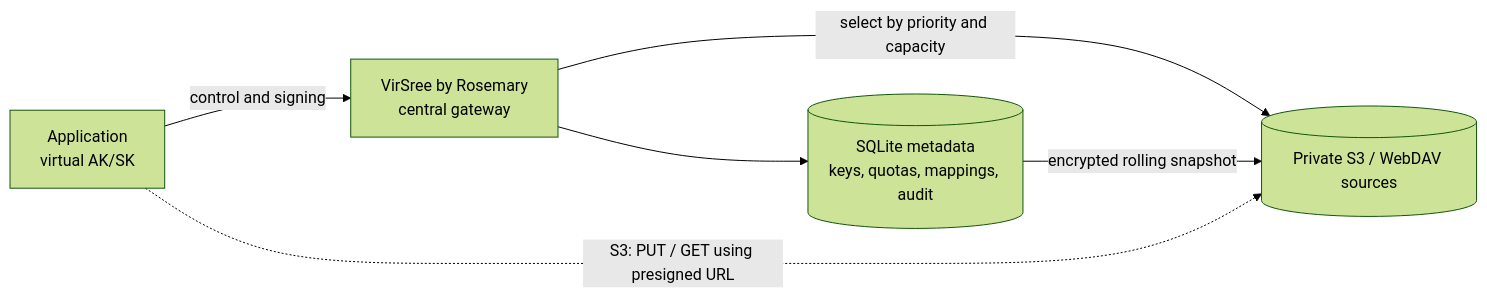
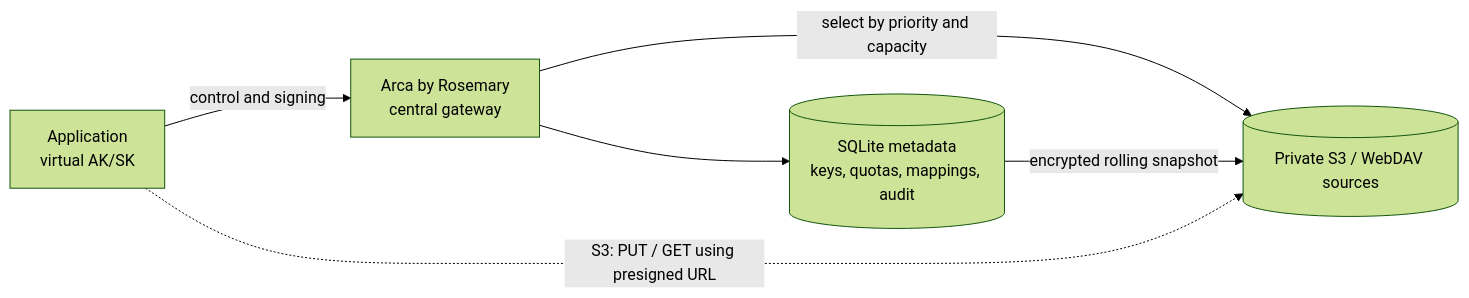
One commit to Foodie05/rosemary-virsree changed the diagram in README.md. Above: the diagram before and after it, drawn with Mermaid (forest theme). The commit also changed other lines of this file and 65 other files, not shown here.

````diff
--- a/README.md
+++ b/README.md
@@ -19,8 +19,8 @@
 ```mermaid
 flowchart LR
-  A[Application\nvirtual AK/SK] -->|control and signing| G[VirSree by Rosemary\ncentral gateway]
+  A[Application\nvirtual AK/SK] -->|control and signing| G[Arca by Rosemary\ncentral gateway]
   G -->|select by priority and capacity| S[(Private S3 / WebDAV sources)]
   A -.->|S3: PUT / GET using presigned URL| S
   G --> M[(SQLite metadata\nkeys, quotas, mappings, audit)]
   M -->|encrypted rolling snapshot| S
 ```
````
